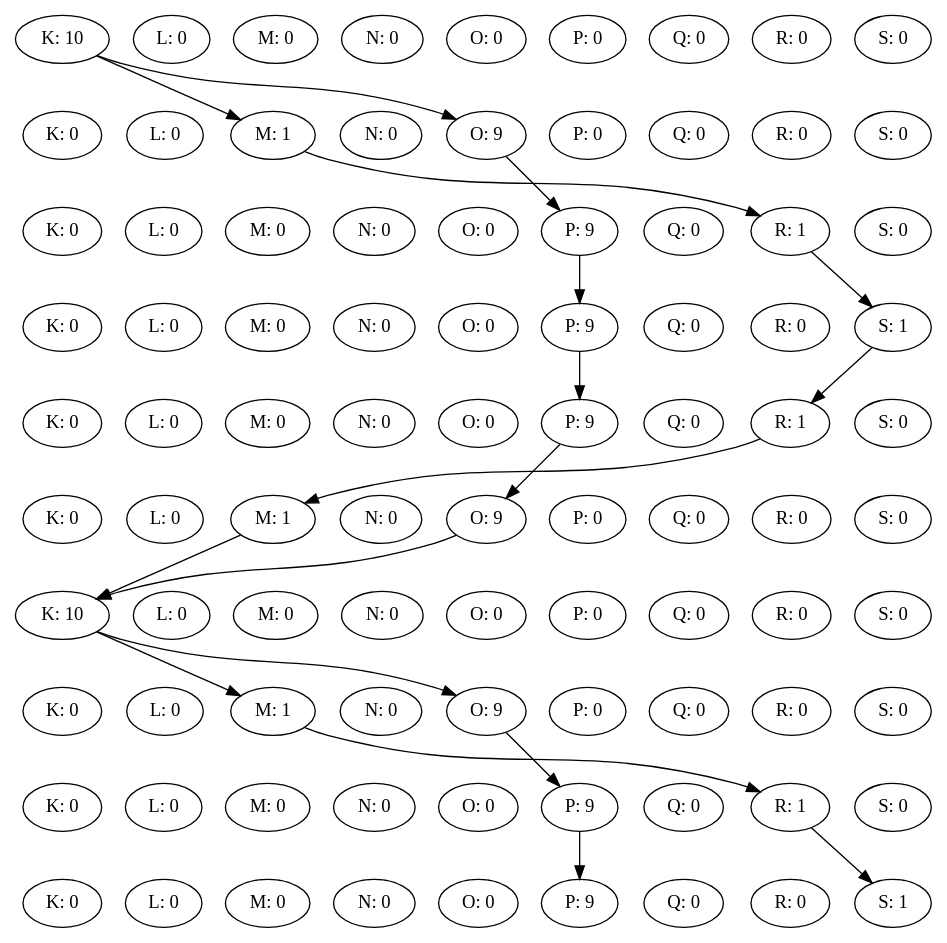
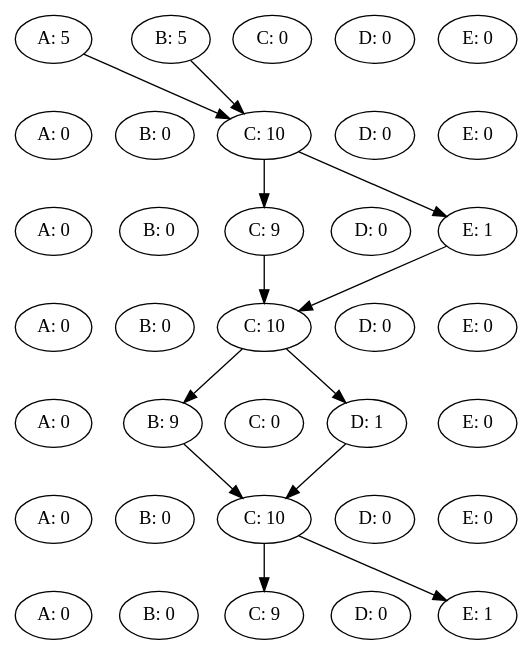
The diagram in originalPlans.dot (TieneSabor/slugs_swarmPlanner), drawn with Graphviz before and after one commit. The commit also changed 71 other files, not shown here.

```diff
--- a/originalPlans.dot
+++ b/originalPlans.dot
@@ -1,112 +1,51 @@
 digraph {
-K0 [label="K: 10"];
-L0 [label="L: 0"];
-M0 [label="M: 0"];
-N0 [label="N: 0"];
-O0 [label="O: 0"];
-P0 [label="P: 0"];
-Q0 [label="Q: 0"];
-R0 [label="R: 0"];
-S0 [label="S: 0"];
-rank = same {K0 -> L0 -> M0 -> N0 -> O0 -> P0 -> Q0 -> R0 -> S0 [style=invis] }K1 [label="K: 0"];
-L1 [label="L: 0"];
-M1 [label="M: 1"];
-N1 [label="N: 0"];
-O1 [label="O: 9"];
-P1 [label="P: 0"];
-Q1 [label="Q: 0"];
-R1 [label="R: 0"];
-S1 [label="S: 0"];
-rank = same {K1 -> L1 -> M1 -> N1 -> O1 -> P1 -> Q1 -> R1 -> S1 [style=invis] }K0 -> M1
-K0 -> O1
-K2 [label="K: 0"];
-L2 [label="L: 0"];
-M2 [label="M: 0"];
-N2 [label="N: 0"];
-O2 [label="O: 0"];
-P2 [label="P: 9"];
-Q2 [label="Q: 0"];
-R2 [label="R: 1"];
-S2 [label="S: 0"];
-rank = same {K2 -> L2 -> M2 -> N2 -> O2 -> P2 -> Q2 -> R2 -> S2 [style=invis] }M1 -> R2
-O1 -> P2
-K3 [label="K: 0"];
-L3 [label="L: 0"];
-M3 [label="M: 0"];
-N3 [label="N: 0"];
-O3 [label="O: 0"];
-P3 [label="P: 9"];
-Q3 [label="Q: 0"];
-R3 [label="R: 0"];
-S3 [label="S: 1"];
-rank = same {K3 -> L3 -> M3 -> N3 -> O3 -> P3 -> Q3 -> R3 -> S3 [style=invis] }P2 -> P3
-R2 -> S3
-K4 [label="K: 0"];
-L4 [label="L: 0"];
-M4 [label="M: 0"];
-N4 [label="N: 0"];
-O4 [label="O: 0"];
-P4 [label="P: 9"];
-Q4 [label="Q: 0"];
-R4 [label="R: 1"];
-S4 [label="S: 0"];
-rank = same {K4 -> L4 -> M4 -> N4 -> O4 -> P4 -> Q4 -> R4 -> S4 [style=invis] }P3 -> P4
-S3 -> R4
-K5 [label="K: 0"];
-L5 [label="L: 0"];
-M5 [label="M: 1"];
-N5 [label="N: 0"];
-O5 [label="O: 9"];
-P5 [label="P: 0"];
-Q5 [label="Q: 0"];
-R5 [label="R: 0"];
-S5 [label="S: 0"];
-rank = same {K5 -> L5 -> M5 -> N5 -> O5 -> P5 -> Q5 -> R5 -> S5 [style=invis] }P4 -> O5
-R4 -> M5
-K6 [label="K: 10"];
-L6 [label="L: 0"];
-M6 [label="M: 0"];
-N6 [label="N: 0"];
-O6 [label="O: 0"];
-P6 [label="P: 0"];
-Q6 [label="Q: 0"];
-R6 [label="R: 0"];
-S6 [label="S: 0"];
-rank = same {K6 -> L6 -> M6 -> N6 -> O6 -> P6 -> Q6 -> R6 -> S6 [style=invis] }M5 -> K6
-O5 -> K6
-K7 [label="K: 0"];
-L7 [label="L: 0"];
-M7 [label="M: 1"];
-N7 [label="N: 0"];
-O7 [label="O: 9"];
-P7 [label="P: 0"];
-Q7 [label="Q: 0"];
-R7 [label="R: 0"];
-S7 [label="S: 0"];
-rank = same {K7 -> L7 -> M7 -> N7 -> O7 -> P7 -> Q7 -> R7 -> S7 [style=invis] }K6 -> M7
-K6 -> O7
-K8 [label="K: 0"];
-L8 [label="L: 0"];
-M8 [label="M: 0"];
-N8 [label="N: 0"];
-O8 [label="O: 0"];
-P8 [label="P: 9"];
-Q8 [label="Q: 0"];
-R8 [label="R: 1"];
-S8 [label="S: 0"];
-rank = same {K8 -> L8 -> M8 -> N8 -> O8 -> P8 -> Q8 -> R8 -> S8 [style=invis] }M7 -> R8
-O7 -> P8
-K9 [label="K: 0"];
-L9 [label="L: 0"];
-M9 [label="M: 0"];
-N9 [label="N: 0"];
-O9 [label="O: 0"];
-P9 [label="P: 9"];
-Q9 [label="Q: 0"];
-R9 [label="R: 0"];
-S9 [label="S: 1"];
-rank = same {K9 -> L9 -> M9 -> N9 -> O9 -> P9 -> Q9 -> R9 -> S9 [style=invis] }P8 -> P9
-R8 -> S9
-K0 -> K1 -> K2 -> K3 -> K4 -> K5 -> K6 -> K7 -> K8 -> K9 [ style=invis; weight=1000 ]
-S0 -> S1 -> S2 -> S3 -> S4 -> S5 -> S6 -> S7 -> S8 -> S9 [ style=invis; weight=1000 ]
+A0 [label="A: 5"];
+B0 [label="B: 5"];
+C0 [label="C: 0"];
+D0 [label="D: 0"];
+E0 [label="E: 0"];
+rank = same {A0 -> B0 -> C0 -> D0 -> E0 [style=invis] }A1 [label="A: 0"];
+B1 [label="B: 0"];
+C1 [label="C: 10"];
+D1 [label="D: 0"];
+E1 [label="E: 0"];
+rank = same {A1 -> B1 -> C1 -> D1 -> E1 [style=invis] }A0 -> C1
+B0 -> C1
+A2 [label="A: 0"];
+B2 [label="B: 0"];
+C2 [label="C: 9"];
+D2 [label="D: 0"];
+E2 [label="E: 1"];
+rank = same {A2 -> B2 -> C2 -> D2 -> E2 [style=invis] }C1 -> C2
+C1 -> E2
+A3 [label="A: 0"];
+B3 [label="B: 0"];
+C3 [label="C: 10"];
+D3 [label="D: 0"];
+E3 [label="E: 0"];
+rank = same {A3 -> B3 -> C3 -> D3 -> E3 [style=invis] }C2 -> C3
+E2 -> C3
+A4 [label="A: 0"];
+B4 [label="B: 9"];
+C4 [label="C: 0"];
+D4 [label="D: 1"];
+E4 [label="E: 0"];
+rank = same {A4 -> B4 -> C4 -> D4 -> E4 [style=invis] }C3 -> B4
+C3 -> D4
+A5 [label="A: 0"];
+B5 [label="B: 0"];
+C5 [label="C: 10"];
+D5 [label="D: 0"];
+E5 [label="E: 0"];
+rank = same {A5 -> B5 -> C5 -> D5 -> E5 [style=invis] }B4 -> C5
+D4 -> C5
+A6 [label="A: 0"];
+B6 [label="B: 0"];
+C6 [label="C: 9"];
+D6 [label="D: 0"];
+E6 [label="E: 1"];
+rank = same {A6 -> B6 -> C6 -> D6 -> E6 [style=invis] }C5 -> C6
+C5 -> E6
+A0 -> A1 -> A2 -> A3 -> A4 -> A5 -> A6 [ style=invis; weight=1000 ]
+E0 -> E1 -> E2 -> E3 -> E4 -> E5 -> E6 [ style=invis; weight=1000 ]
 }
```
